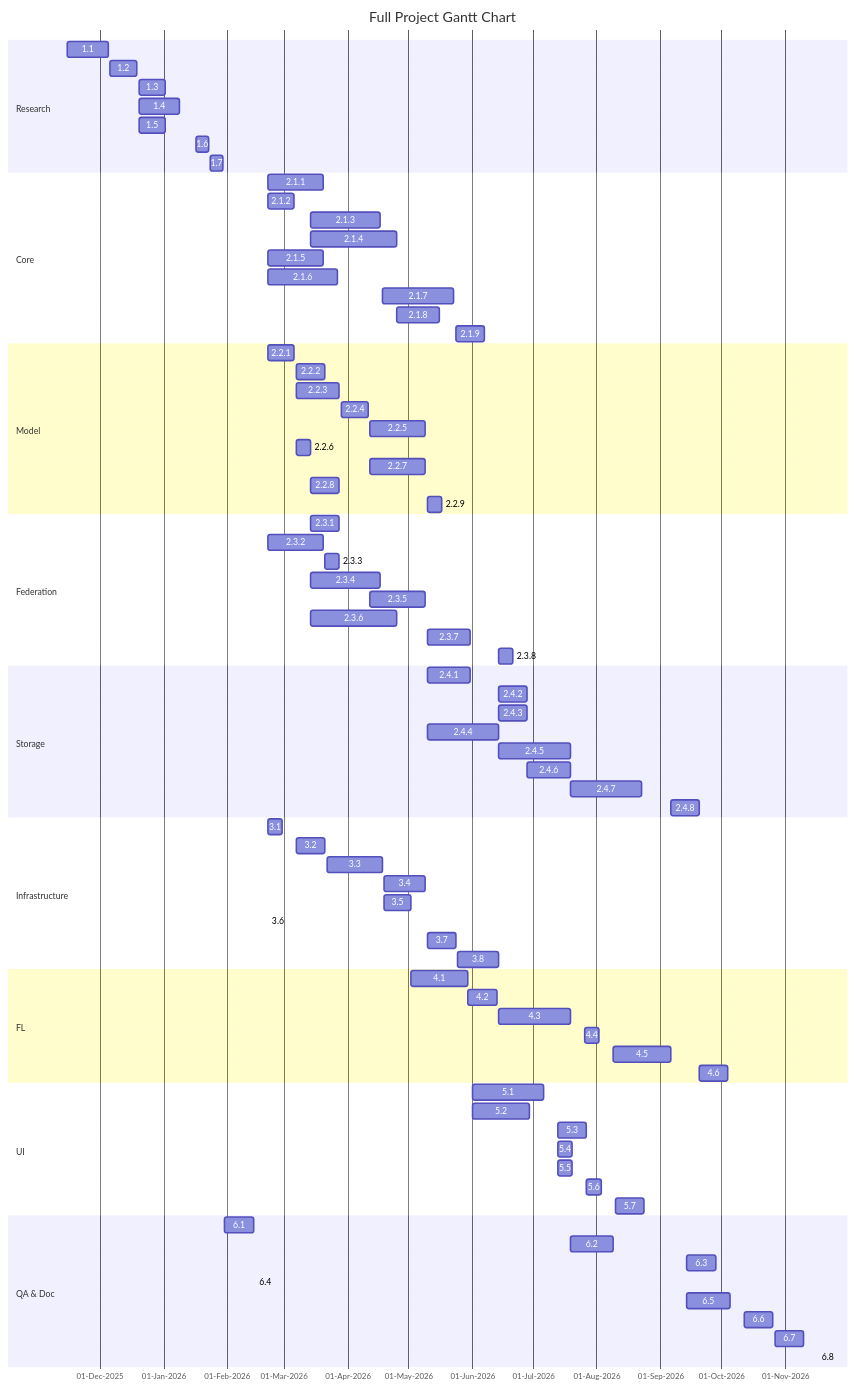
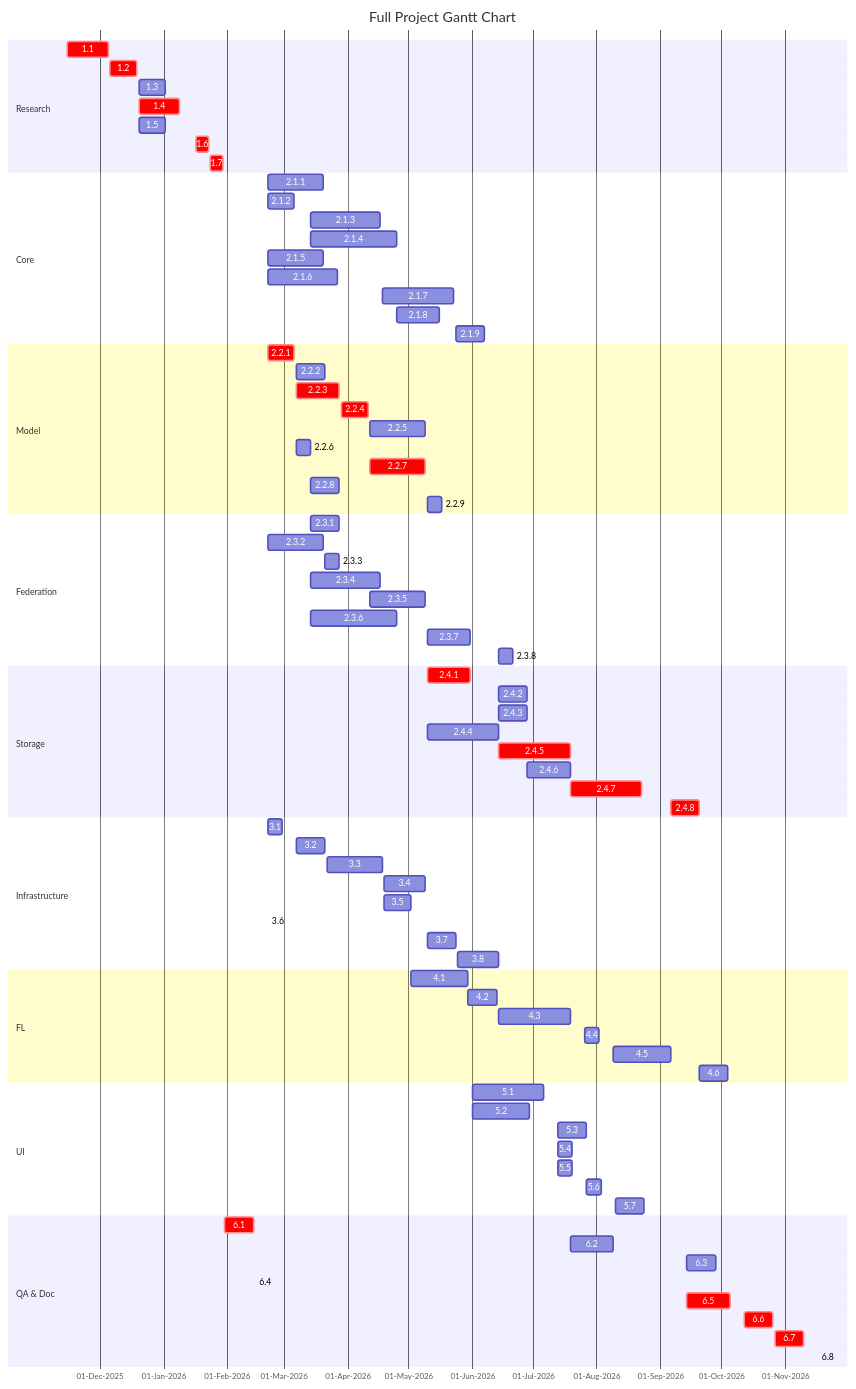
One commit to Oldranda1414/SP2PFL-ProjectManagement changed diagram 11 of 11 in docs/planning.md. Above: the diagram before and after it, drawn with Mermaid. The commit also changed other lines of this file, not shown here.

Commit message:
add critical path to gantt

````diff
--- a/docs/planning.md
+++ b/docs/planning.md
@@ -1044,13 +1046,13 @@
     %% Each week = 7 days
 
     section Research
-    1.1 :2025-11-15, 2025-12-05
-    1.2 :2025-12-06, 2025-12-19
+    1.1 :crit, 2025-11-15, 2025-12-05
+    1.2 :crit, 2025-12-06, 2025-12-19
     1.3 :2025-12-20, 2026-01-02
-    1.4 :2025-12-20, 2026-01-09
+    1.4 :crit, 2025-12-20, 2026-01-09
     1.5 :2025-12-20, 2026-01-02
-    1.6 :2026-01-17, 2026-01-23
-    1.7 :2026-01-24, 2026-01-30
+    1.6 :crit, 2026-01-17, 2026-01-23
+    1.7 :crit, 2026-01-24, 2026-01-30
 
     section Core
     2.1.1 :2026-02-21, 2026-03-20
@@ -1064,13 +1066,13 @@
     2.1.9 :2026-05-24, 2026-06-07
 
     section Model
-    2.2.1 :2026-02-21, 2026-03-06
+    2.2.1 :crit, 2026-02-21, 2026-03-06
     2.2.2 :2026-03-07, 2026-03-21
-    2.2.3 :2026-03-07, 2026-03-28
-    2.2.4 :2026-03-29, 2026-04-11
+    2.2.3 :crit, 2026-03-07, 2026-03-28
+    2.2.4 :crit, 2026-03-29, 2026-04-11
     2.2.5 :2026-04-12, 2026-05-09
     2.2.6 :2026-03-07, 2026-03-14
-    2.2.7 :2026-04-12, 2026-05-09
+    2.2.7 :crit, 2026-04-12, 2026-05-09
     2.2.8 :2026-03-14, 2026-03-28
     2.2.9 :2026-05-10, 2026-05-17
 
@@ -1085,14 +1087,14 @@
     2.3.8 :2026-06-14, 2026-06-21
 
     section Storage
-    2.4.1 :2026-05-10, 2026-05-31
+    2.4.1 :crit, 2026-05-10, 2026-05-31
     2.4.2 :2026-06-14, 2026-06-28
     2.4.3 :2026-06-14, 2026-06-28
     2.4.4 :2026-05-10, 2026-06-14
-    2.4.5 :2026-06-14, 2026-07-19
+    2.4.5 :crit, 2026-06-14, 2026-07-19
     2.4.6 :2026-06-28, 2026-07-19
-    2.4.7 :2026-07-19, 2026-08-23
-    2.4.8 :2026-09-06, 2026-09-20
+    2.4.7 :crit, 2026-07-19, 2026-08-23
+    2.4.8 :crit, 2026-09-06, 2026-09-20
 
     section Infrastructure
     3.1 :2026-02-21, 2026-02-28
@@ -1122,12 +1124,12 @@
     5.7 :2026-08-10, 2026-08-24
 
     section QA & Doc
-    6.1 :2026-01-31, 2026-02-14
+    6.1 :crit, 2026-01-31, 2026-02-14
     6.2 :2026-07-19, 2026-08-09
     6.3 :2026-09-14, 2026-09-28
-    6.4 :2026-02-15, 2026-02-15
-    6.5 :2026-09-14, 2026-10-05
-    6.6 :2026-10-12, 2026-10-26
-    6.7 :2026-10-27, 2026-11-10
-    6.8 :2026-11-17, 2026-11-17
+    6.4 :crit, 2026-02-15, 2026-02-15
+    6.5 :crit, 2026-09-14, 2026-10-05
+    6.6 :crit, 2026-10-12, 2026-10-26
+    6.7 :crit, 2026-10-27, 2026-11-10
+    6.8 :crit, 2026-11-17, 2026-11-17
 ```
````
